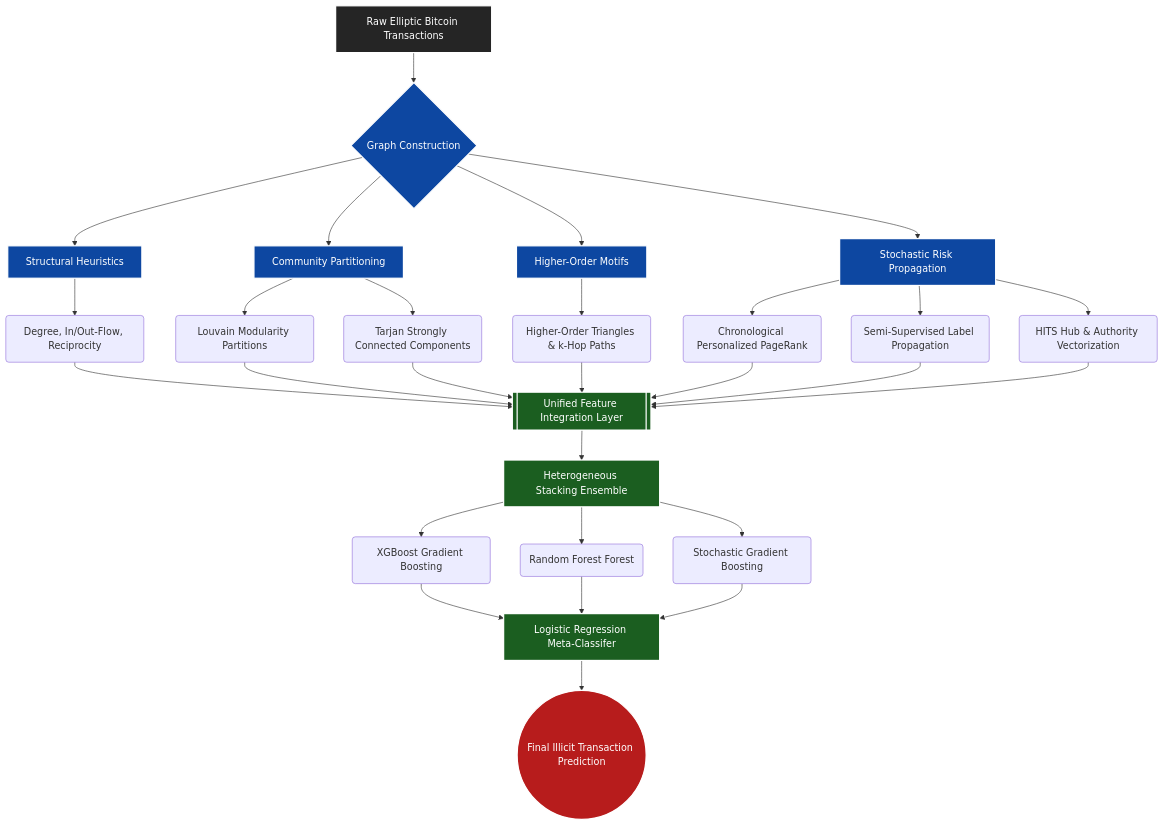
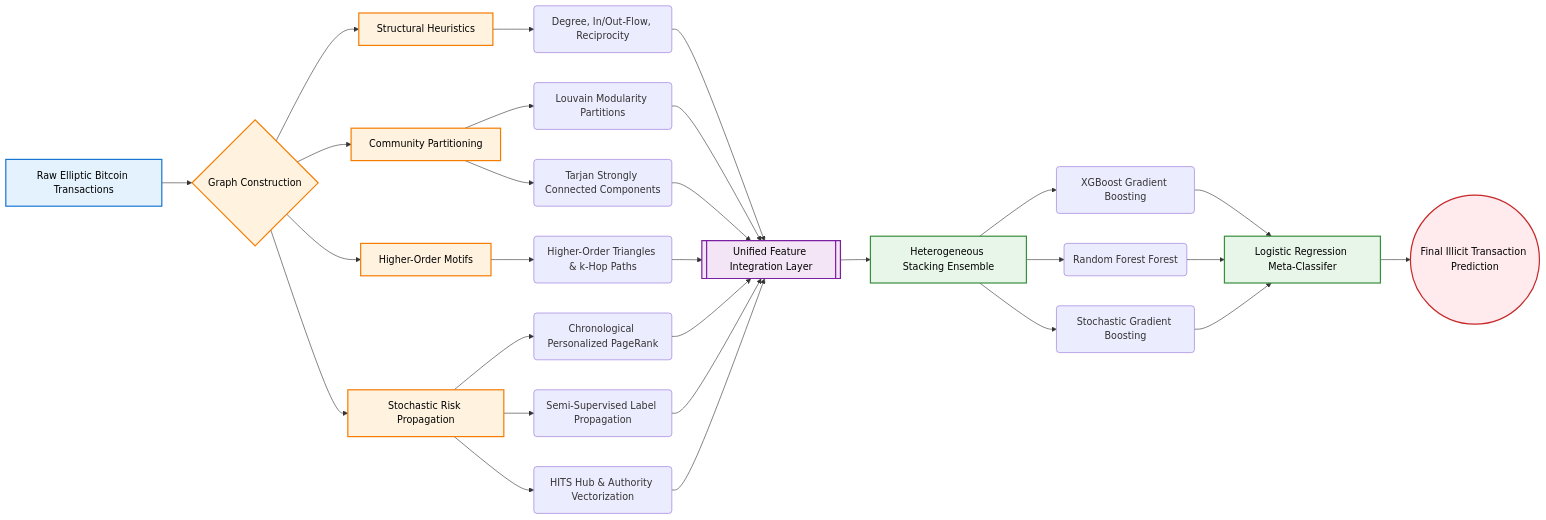
Before and after one commit to SohamPawarr/FYP_Soham: the diagram in README.md, drawn with Mermaid.

````diff
--- a/README.md
+++ b/README.md
@@ -24,43 +24,44 @@
 ```mermaid
-graph TD
-    classDef nodeData fill:#252525,stroke:#fff,stroke-width:2px,color:#fff
-    classDef extract fill:#0d47a1,stroke:#fff,stroke-width:2px,color:#fff
-    classDef model fill:#1b5e20,stroke:#fff,stroke-width:2px,color:#fff
-    classDef output fill:#b71c1c,stroke:#fff,stroke-width:2px,color:#fff
+graph LR
+    classDef input fill:#e3f2fd,stroke:#1976d2,stroke-width:2px,color:#000
+    classDef extract fill:#fff3e0,stroke:#f57c00,stroke-width:2px,color:#000
+    classDef integrate fill:#f3e5f5,stroke:#7b1fa2,stroke-width:2px,color:#000
+    classDef model fill:#e8f5e9,stroke:#388e3c,stroke-width:2px,color:#000
+    classDef output fill:#ffebee,stroke:#c62828,stroke-width:2px,color:#000
 
-    A[Raw Elliptic Bitcoin Transactions]:::nodeData --> B{Graph Construction}:::extract
+    A[Raw Elliptic Bitcoin Transactions]:::input --> B{Graph Construction}:::extract
     
     B --> C[Structural Heuristics]:::extract
     C --> C1(Degree, In/Out-Flow, Reciprocity)
     
     B --> D[Community Partitioning]:::extract
     D --> D1(Louvain Modularity Partitions)
     D --> D2(Tarjan Strongly Connected Components)
     
     B --> E[Higher-Order Motifs]:::extract
     E --> E1(Higher-Order Triangles & k-Hop Paths)
     
     B --> F[Stochastic Risk Propagation]:::extract
     F --> F1(Chronological Personalized PageRank)
     F --> F2(Semi-Supervised Label Propagation)
     F --> F3(HITS Hub & Authority Vectorization)
     
-    C1 --> G[[Unified Feature Integration Layer]]:::model
+    C1 --> G[[Unified Feature Integration Layer]]:::integrate
     D1 --> G
     D2 --> G
     E1 --> G
     F1 --> G
     F2 --> G
     F3 --> G
     
     G --> H[Heterogeneous Stacking Ensemble]:::model
     H --> H1(XGBoost Gradient Boosting)
     H --> H2(Random Forest Forest)
     H --> H3(Stochastic Gradient Boosting)
     
     H1 --> I[Logistic Regression Meta-Classifer]:::model
     H2 --> I
     H3 --> I
     
     I --> J((Final Illicit Transaction Prediction)):::output
 ```
````
